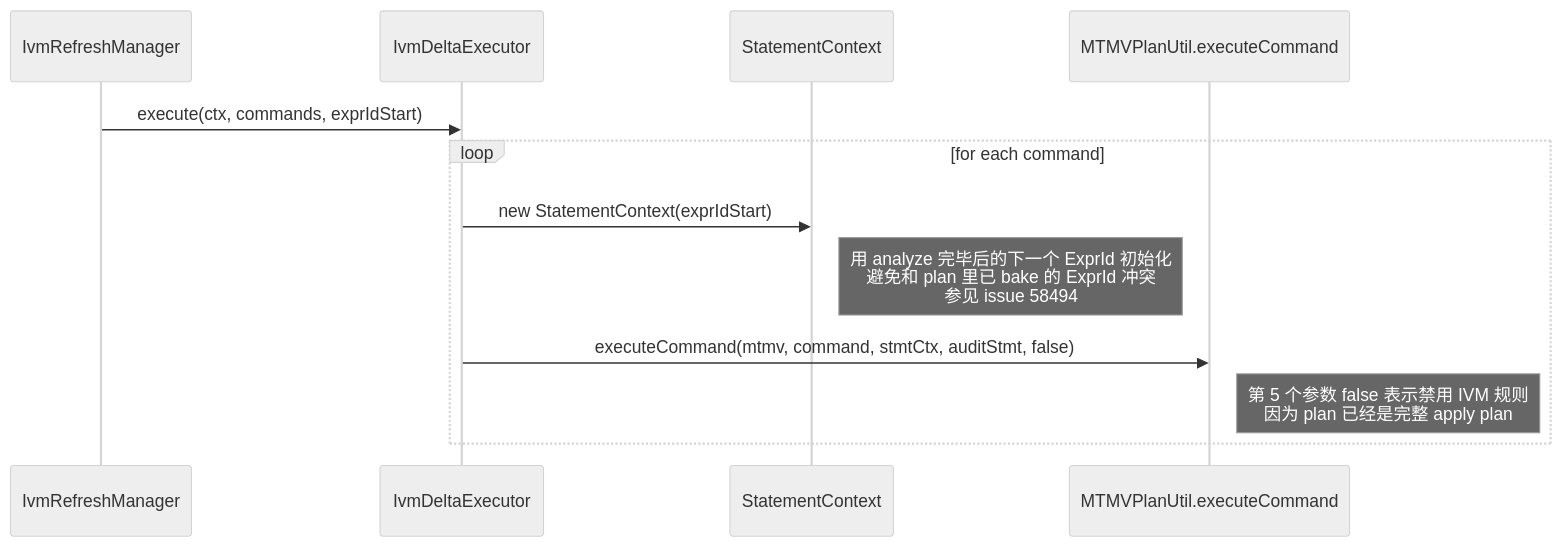
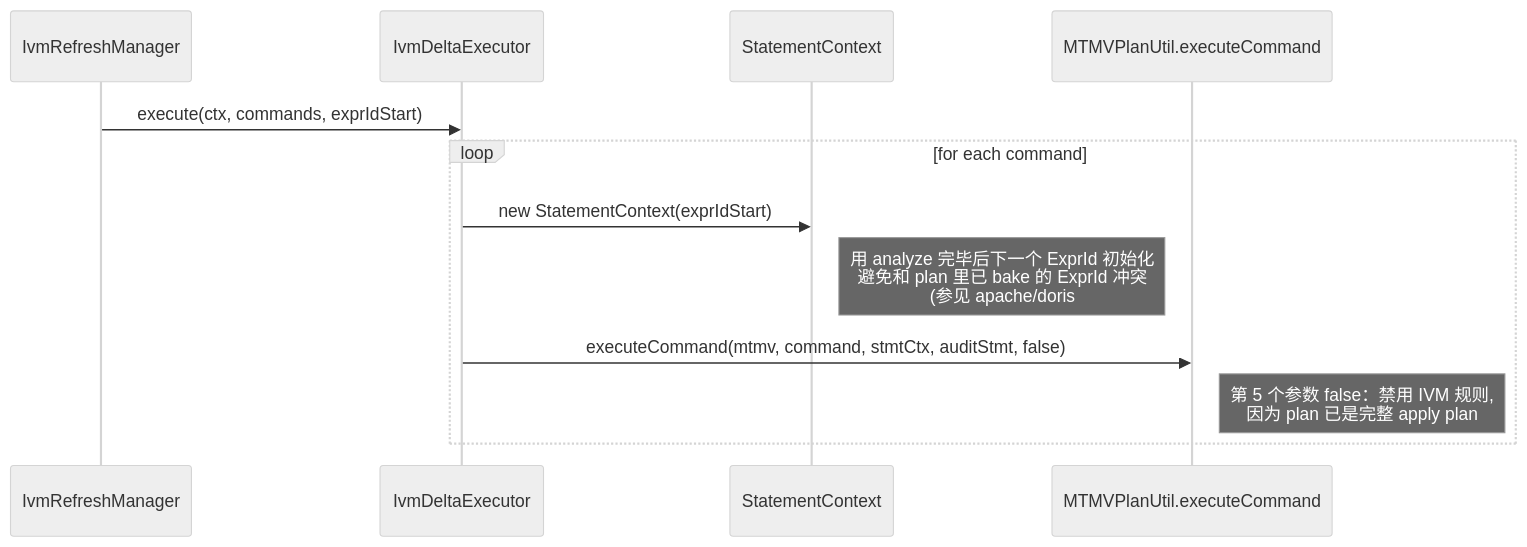
Before and after one commit to seawinde/doris: the ninth of 9 diagrams in docs/ivm_design.md, drawn with Mermaid (neutral theme). The commit also changed other lines of this file, not shown here.

First line of the commit message:
[doc](mtmv) Restructure IVM design doc: dedupe and fill gaps

````diff
--- a/docs/ivm_design.md
+++ b/docs/ivm_design.md
@@ -442,14 +508,14 @@
 ```mermaid
 sequenceDiagram
   participant MGR as IvmRefreshManager
   participant EXE as IvmDeltaExecutor
   participant STC as StatementContext
   participant CMD as MTMVPlanUtil.executeCommand
   MGR->>EXE: execute(ctx, commands, exprIdStart)
   loop for each command
     EXE->>STC: new StatementContext(exprIdStart)
-    note right of STC: 用 analyze 完毕后的下一个 ExprId 初始化<br/>避免和 plan 里已 bake 的 ExprId 冲突<br/>参见 issue 58494
+    note right of STC: 用 analyze 完毕后下一个 ExprId 初始化<br/>避免和 plan 里已 bake 的 ExprId 冲突<br/>(参见 apache/doris#58494)
     EXE->>CMD: executeCommand(mtmv, command, stmtCtx, auditStmt, false)
-    note right of CMD: 第 5 个参数 false 表示禁用 IVM 规则<br/>因为 plan 已经是完整 apply plan
+    note right of CMD: 第 5 个参数 false：禁用 IVM 规则,<br/>因为 plan 已是完整 apply plan
   end
 ```
````
